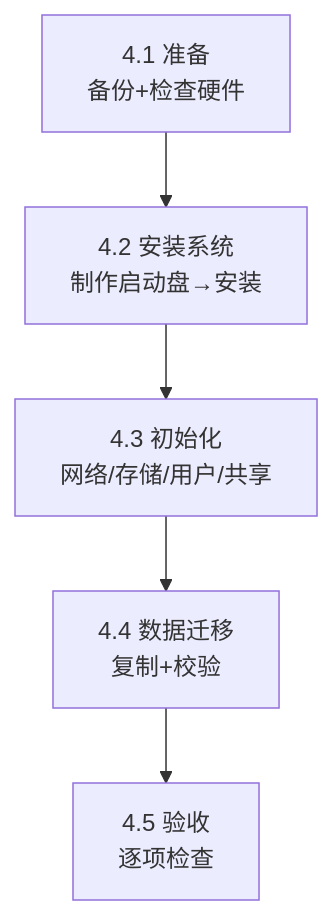
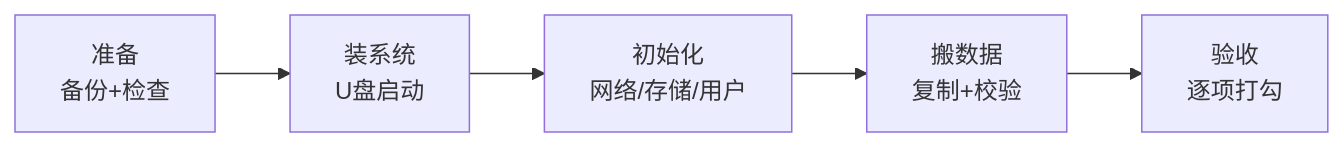
Before and after one commit to cv-superding/nas-guide: the diagram in docs/04-第一次搭建/README.md, drawn with Mermaid. The commit also changed other lines of this file and 1 other file, not shown here.

````diff
--- a/docs/04-第一次搭建/README.md
+++ b/docs/04-第一次搭建/README.md
@@ -34,7 +19,7 @@
 ```mermaid
-flowchart TD
-    A[4.1 准备<br/>备份+检查硬件] --> B[4.2 安装系统<br/>制作启动盘→安装]
-    B --> C[4.3 初始化<br/>网络/存储/用户/共享]
-    C --> D[4.4 数据迁移<br/>复制+校验]
-    D --> E[4.5 验收<br/>逐项检查]
+flowchart LR
+    A[准备<br/>备份+检查] --> B[装系统<br/>U盘启动]
+    B --> C[初始化<br/>网络/存储/用户]
+    C --> D[搬数据<br/>复制+校验]
+    D --> E[验收<br/>逐项打勾]
 ```
````
